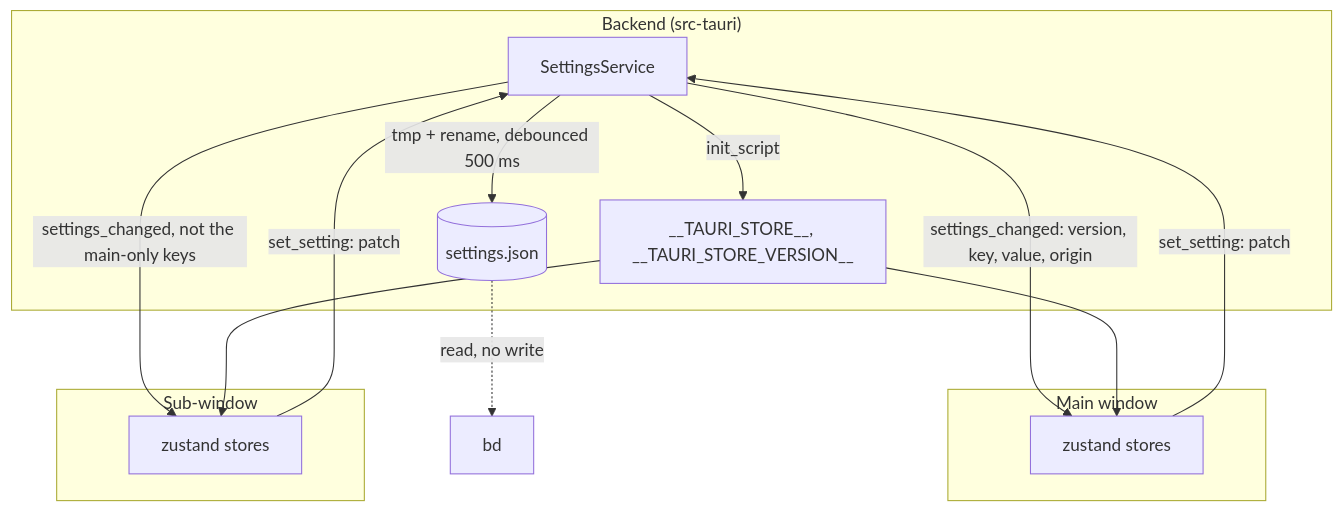
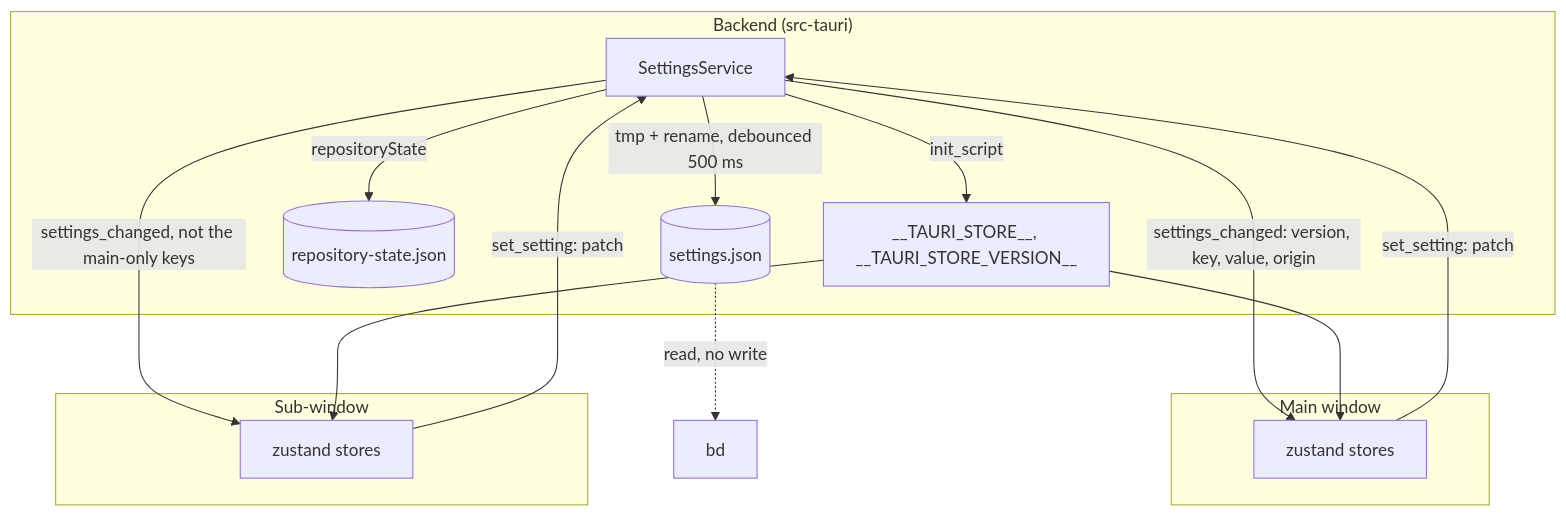
The first of 2 diagrams in docs/design/distributed-settings.md (develar/branch-deck), drawn with Mermaid before and after one commit. The commit also changed other lines of this file and 37 other files, not shown here.

First line of the commit message:
feat(settings): what a sync records of a repository leaves settings.json for repository-state.json

````diff
--- a/docs/design/distributed-settings.md
+++ b/docs/design/distributed-settings.md
@@ -37,23 +39,24 @@
 ```mermaid
 flowchart TD
     subgraph Backend["Backend (src-tauri)"]
         Service[SettingsService] -->|tmp + rename, debounced 500 ms| File[(settings.json)]
+        Service -->|repositoryState| State[(repository-state.json)]
         Service -->|init_script| Snapshot["__TAURI_STORE__, __TAURI_STORE_VERSION__"]
     end
 
     subgraph Main["Main window"]
         MS[zustand stores]
     end
 
     subgraph Sub["Sub-window"]
         SS[zustand stores]
     end
 
     MS -->|set_setting: patch| Service
     SS -->|set_setting: patch| Service
     Service -->|settings_changed: version, key, value, origin| MS
     Service -->|settings_changed, not the main-only keys| SS
     Snapshot --> MS
     Snapshot --> SS
     File -.->|read, no write| BD[bd]
 ```
````
